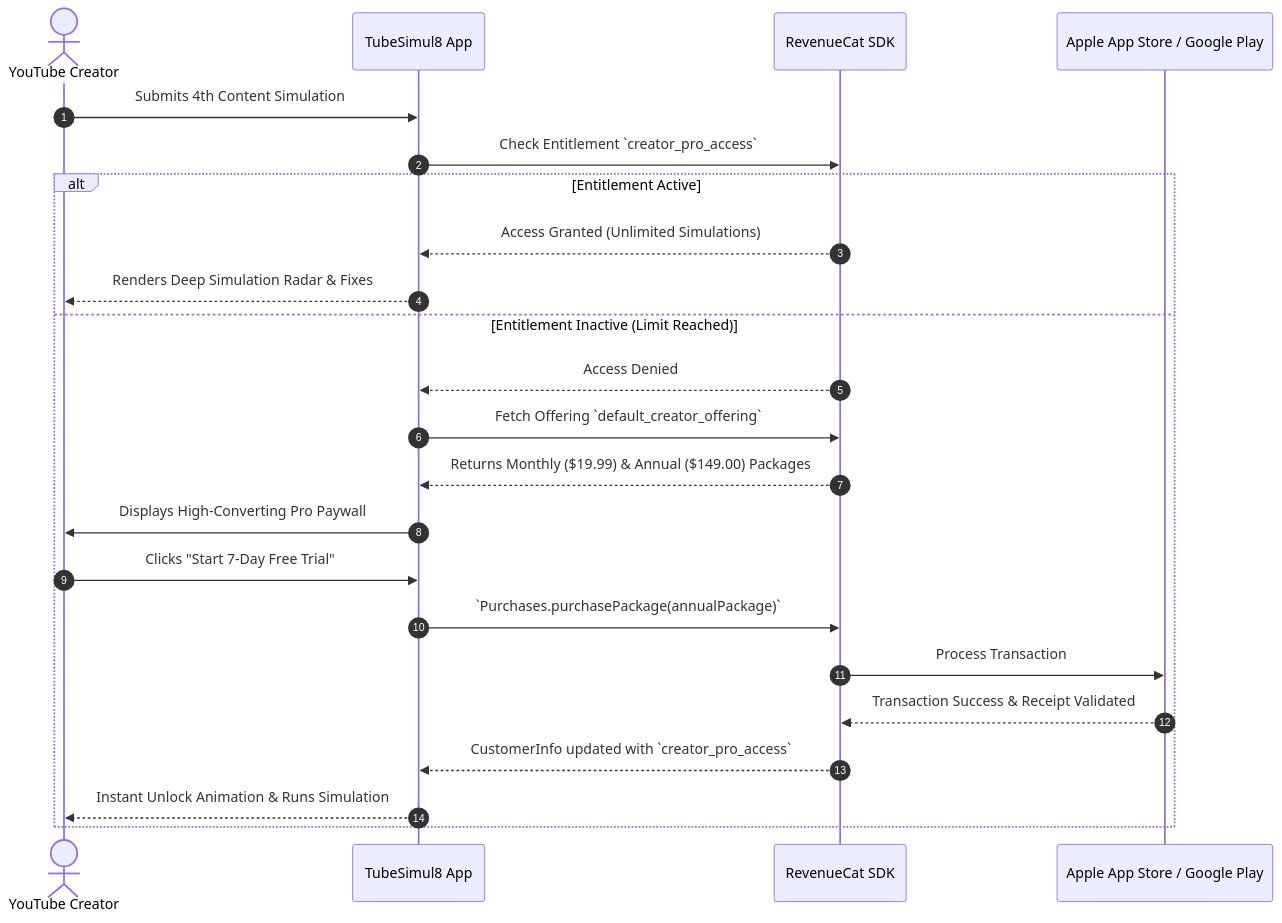
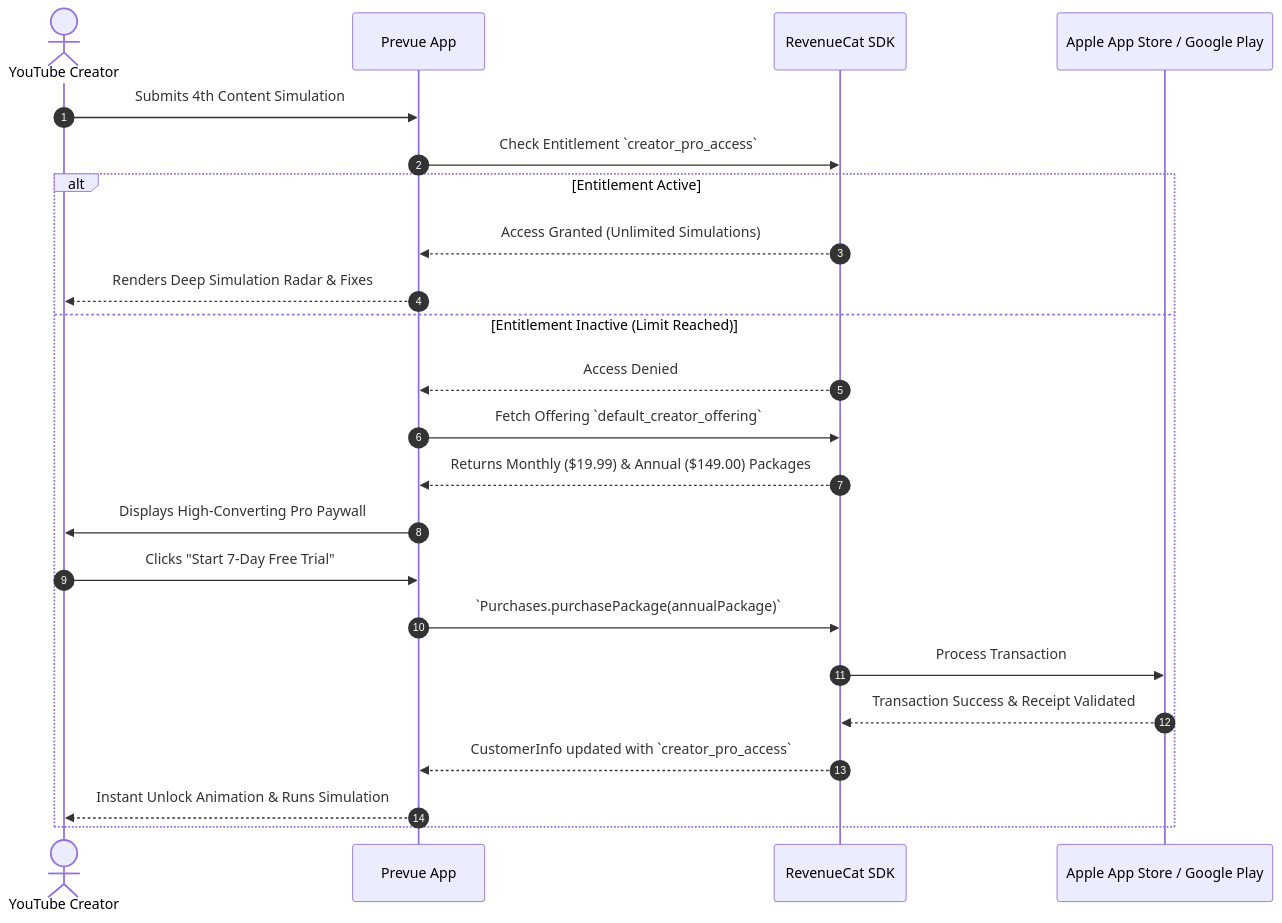
The second of 3 diagrams in PRD_YouTube_Creator_Intelligence.md (Uday-kiran9147/shipathon_hackathon), drawn with Mermaid before and after one commit. The commit also changed other lines of this file and 11 other files, not shown here.

First line of the commit message:
Refactor app for Prevue branding and enhance blueprint generation

````diff
--- a/PRD_YouTube_Creator_Intelligence.md
+++ b/PRD_YouTube_Creator_Intelligence.md
@@ -103,26 +103,26 @@
 ```mermaid
 sequenceDiagram
     autonumber
     actor Creator as YouTube Creator
-    participant App as TubeSimul8 App
+    participant App as Prevue App
     participant RC as RevenueCat SDK
     participant Store as Apple App Store / Google Play
 
     Creator->>App: Submits 4th Content Simulation
     App->>RC: Check Entitlement `creator_pro_access`
     alt Entitlement Active
         RC-->>App: Access Granted (Unlimited Simulations)
         App-->>Creator: Renders Deep Simulation Radar & Fixes
     else Entitlement Inactive (Limit Reached)
         RC-->>App: Access Denied
         App->>RC: Fetch Offering `default_creator_offering`
         RC-->>App: Returns Monthly ($19.99) & Annual ($149.00) Packages
         App->>Creator: Displays High-Converting Pro Paywall
         Creator->>App: Clicks "Start 7-Day Free Trial"
         App->>RC: `Purchases.purchasePackage(annualPackage)`
         RC->>Store: Process Transaction
         Store-->>RC: Transaction Success & Receipt Validated
         RC-->>App: CustomerInfo updated with `creator_pro_access`
         App-->>Creator: Instant Unlock Animation & Runs Simulation
     end
 ```
````
